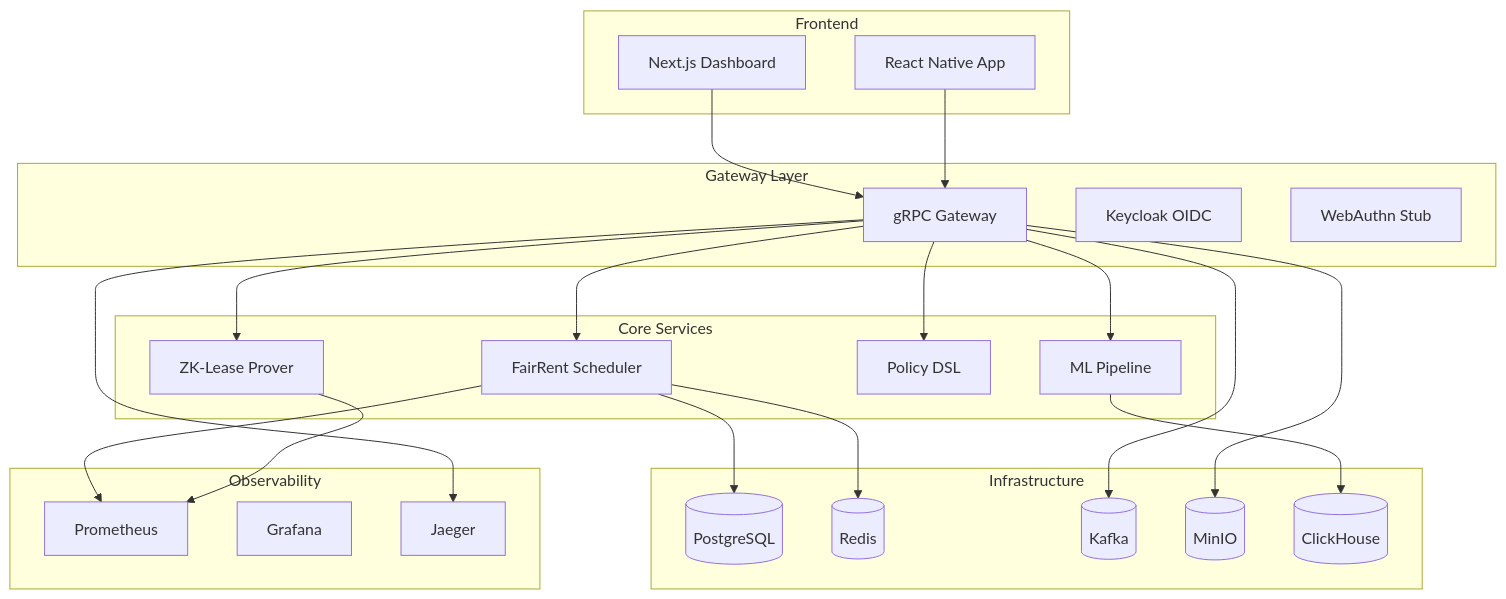
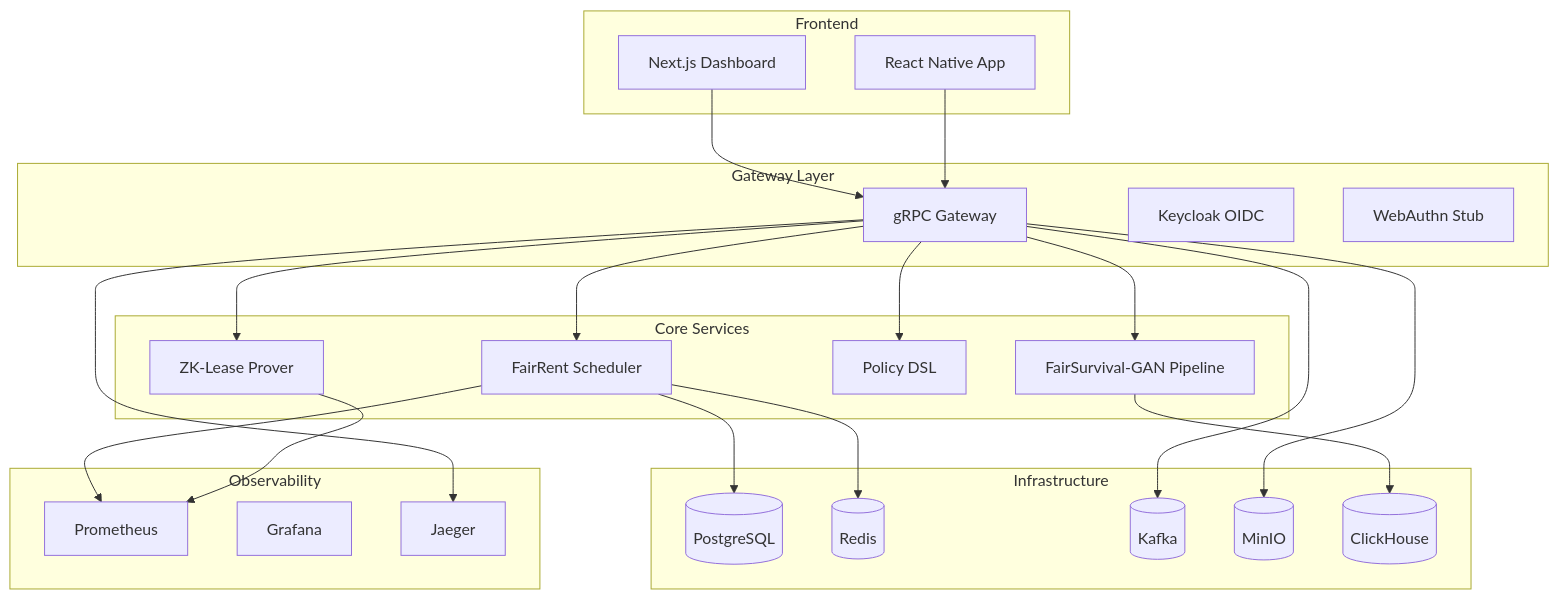
One commit to Aqib121201/WohnFair-cryptographically-auditable-housing-allocation-system changed the diagram in README.md. Above: the diagram before and after it, drawn with Mermaid. The commit also changed other lines of this file, not shown here.

`````diff
--- a/README.md
+++ b/README.md
@@ -14,51 +44,51 @@
 ```mermaid
 graph TB
     subgraph "Frontend"
         UI[Next.js Dashboard]
         Mobile[React Native App]
     end
     
     subgraph "Gateway Layer"
         Gateway[gRPC Gateway]
         Auth[Keycloak OIDC]
         WebAuthn[WebAuthn Stub]
     end
     
     subgraph "Core Services"
         FairRent[FairRent Scheduler]
         ZKLease[ZK-Lease Prover]
         Policy[Policy DSL]
-        ML[ML Pipeline]
+        ML[FairSurvival-GAN Pipeline]
     end
     
     subgraph "Infrastructure"
         PG[(PostgreSQL)]
         Redis[(Redis)]
         Kafka[(Kafka)]
         MinIO[(MinIO)]
         CH[(ClickHouse)]
     end
     
     subgraph "Observability"
         Prom[Prometheus]
         Grafana[Grafana]
         Jaeger[Jaeger]
     end
     
     UI --> Gateway
     Mobile --> Gateway
     Gateway --> FairRent
     Gateway --> ZKLease
     Gateway --> Policy
     Gateway --> ML
     
     FairRent --> PG
     FairRent --> Redis
     Gateway --> Kafka
     ML --> CH
     Gateway --> MinIO
     
     FairRent --> Prom
     ZKLease --> Prom
     Gateway --> Jaeger
-```
+````
`````
